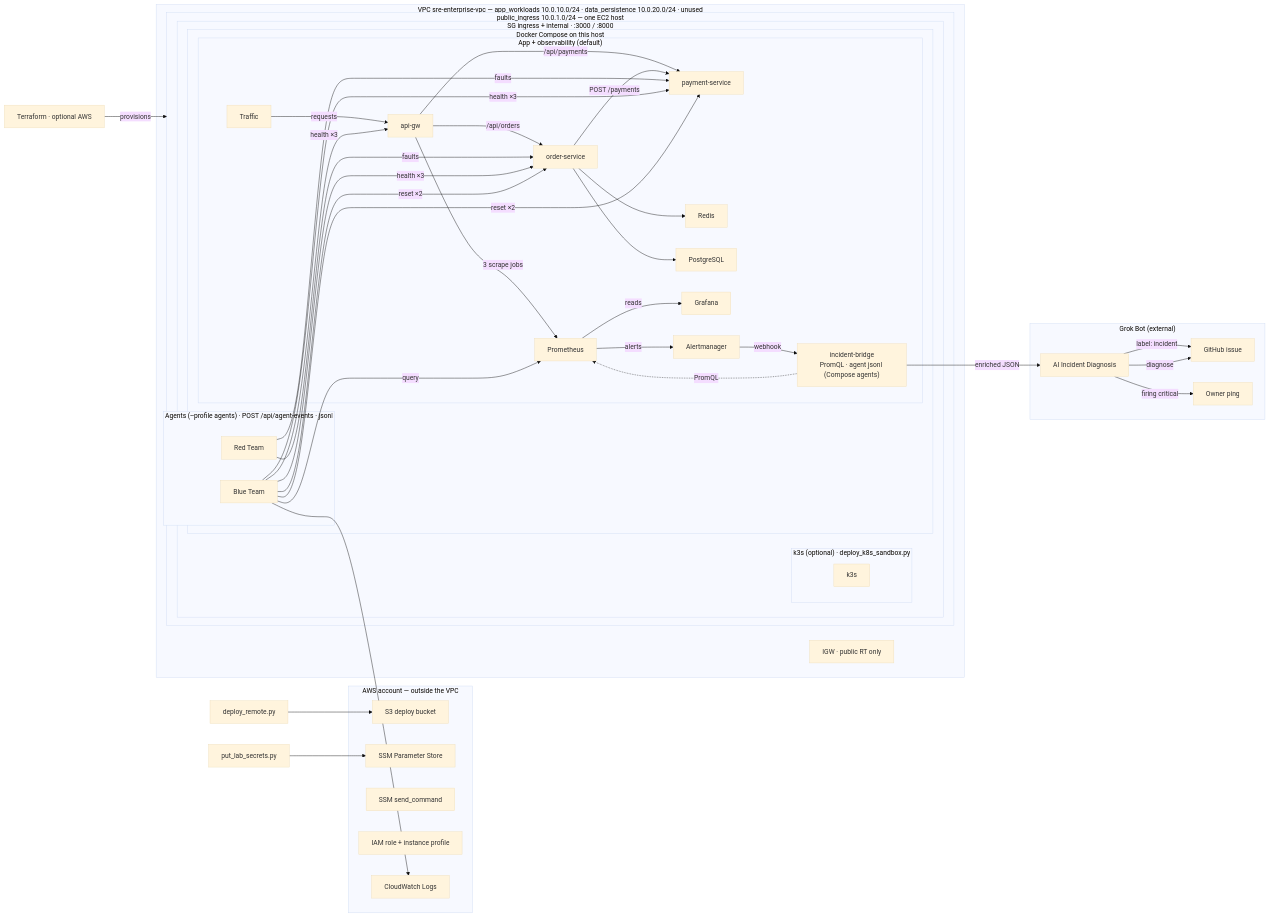
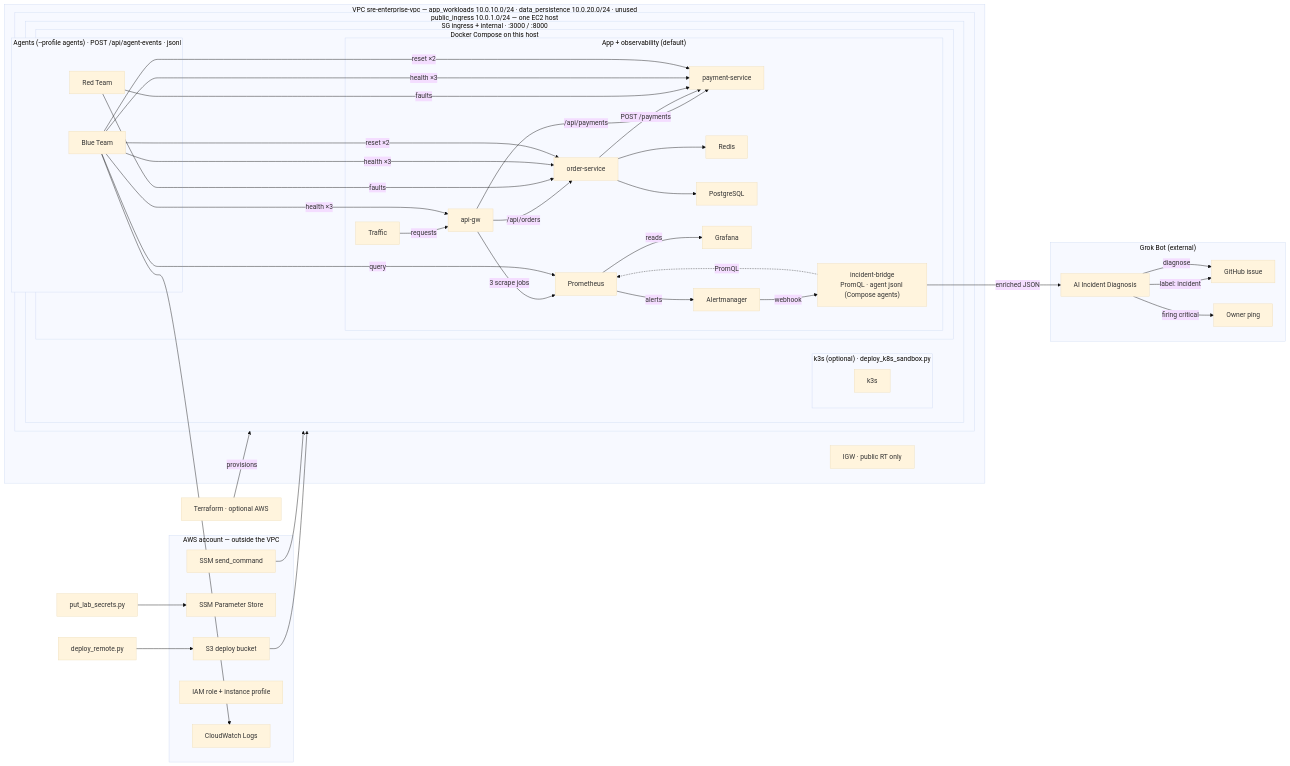
The diagram in docs/architecture.mmd (ritvikindupuri/ResilienceOps), drawn with Mermaid before and after one commit. The commit also changed 6 other files, not shown here.

First line of the commit message:
Give the architecture figure margins, host drops, and a stricter checker.

```diff
--- a/docs/architecture.mmd
+++ b/docs/architecture.mmd
@@ -1,74 +1,75 @@
 %%{init: { "theme": "base", "flowchart": { "curve": "basis" } }}%%
 flowchart LR
   TF["Terraform · optional AWS"]
   DEPLOY["deploy_remote.py"]
   SECRETS["put_lab_secrets.py"]
   subgraph aws ["AWS account — outside the VPC"]
     S3["S3 deploy bucket"]
     PARAM["SSM Parameter Store"]
     SSM["SSM send_command"]
     IAM["IAM role + instance profile"]
     CW["CloudWatch Logs"]
   end
   subgraph vpc ["VPC sre-enterprise-vpc — app_workloads 10.0.10.0/24 · data_persistence 10.0.20.0/24 · unused"]
     IGW["IGW · public RT only"]
     subgraph pub ["public_ingress 10.0.1.0/24 — one EC2 host"]
       subgraph sg ["SG ingress + internal · :3000 / :8000"]
         subgraph k3sopt ["k3s (optional) · deploy_k8s_sandbox.py"]
           K3S[k3s]
         end
         subgraph compose ["Docker Compose on this host"]
           subgraph agents ["Agents (--profile agents) · POST /api/agent-events · jsonl"]
             RED[Red Team]
             BLUE[Blue Team]
           end
           subgraph app ["App + observability (default)"]
           TG[Traffic]
           GW[api-gw]
           OS[order-service]
           PS[payment-service]
           RD[Redis]
           PG[PostgreSQL]
           PROM[Prometheus]
           GRAF[Grafana]
           AM[Alertmanager]
           BR["incident-bridge\nPromQL · agent jsonl (Compose agents)"]
           TG -->|"requests"| GW
           GW -->|"/api/orders"| OS
           GW -->|"/api/payments"| PS
           OS -->|"POST /payments"| PS
           OS --> RD
           OS --> PG
           GW -->|"3 scrape jobs"| PROM
           PROM -->|"reads"| GRAF
           PROM -->|"alerts"| AM
           AM -->|"webhook"| BR
           BR -.->|"PromQL"| PROM
           end
         end
       end
     end
   end
 
   subgraph grok ["Grok Bot (external)"]
     BOT["AI Incident Diagnosis"]
     GH[GitHub issue]
     PING[Owner ping]
     BOT -->|"label: incident"| GH
     BOT -->|"firing critical"| PING
   end
 
   TF -->|provisions| pub
-  DEPLOY --> S3
+  DEPLOY --> S3 --> pub
+  SSM --> pub
   SECRETS --> PARAM
   RED -->|"faults"| OS
   RED -->|"faults"| PS
   BLUE -->|"health ×3"| GW
   BLUE -->|"health ×3"| OS
   BLUE -->|"health ×3"| PS
   BLUE -->|"reset ×2"| OS
   BLUE -->|"reset ×2"| PS
   BLUE -->|"query"| PROM
   BLUE --> CW
   BR -->|"enriched JSON"| BOT
   BOT -->|"diagnose"| GH
```
